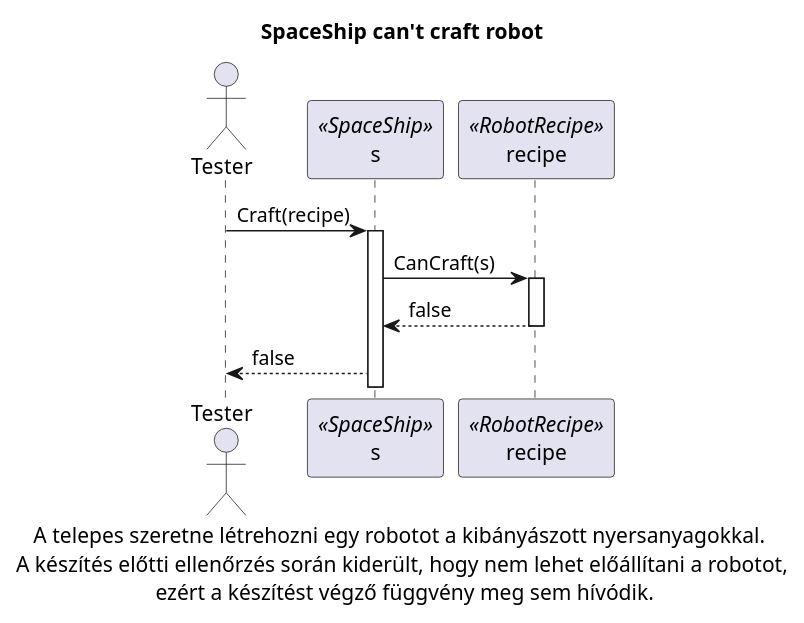
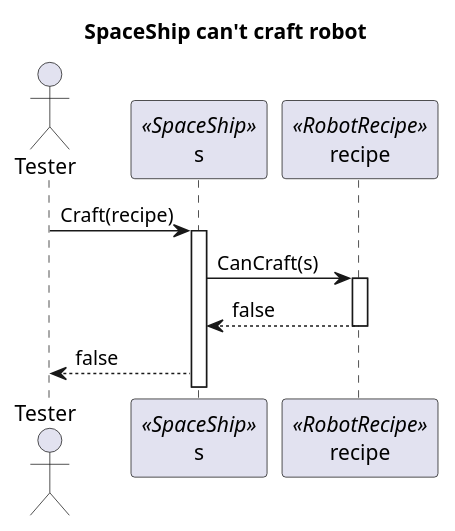
Before and after one commit to viseguard-studios/Documentation: the diagram in docs/Skeleton/diagrams/Craft_robot/sequence/4.Cant_craft_robot.puml, drawn with PlantUML. The commit also changed 9 other files, not shown here.

Commit message:
uml description

```diff
--- a/docs/Skeleton/diagrams/Craft_robot/sequence/4.Cant_craft_robot.puml
+++ b/docs/Skeleton/diagrams/Craft_robot/sequence/4.Cant_craft_robot.puml
@@ -1,20 +1,20 @@
 @startuml
 
 actor Tester as Tester
 participant s as s <<SpaceShip>>
 participant recipe as recipe <<RobotRecipe>>
 
 
 title SpaceShip can't craft robot
 
 Tester -> s++: Craft(recipe)
 
 s-> recipe++: CanCraft(s)
 recipe --> s --: false
 
 s--> Tester: false
 
-caption  A telepes szeretne létrehozni egy robotot a kibányászott nyersanyagokkal. \n A készítés előtti ellenőrzés során kiderült, hogy nem lehet előállítani a robotot, \n ezért a készítést végző függvény meg sem hívódik. 
+
 
 
 @enduml
```
